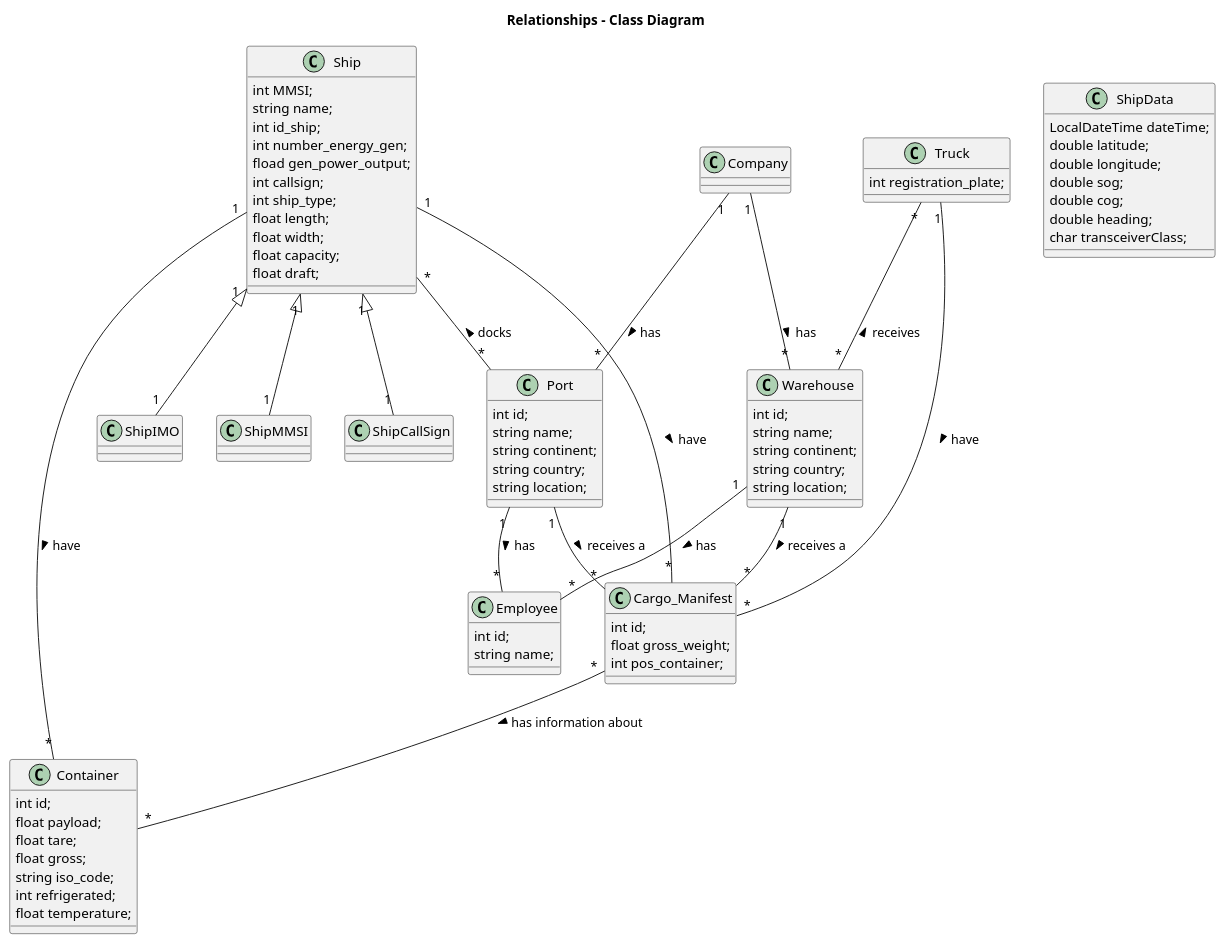
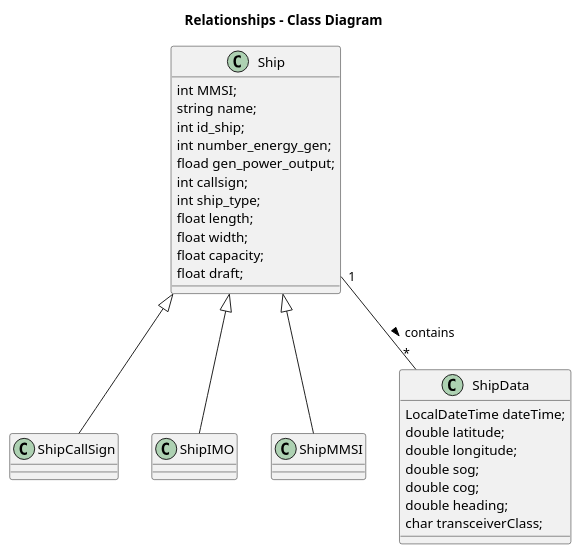
One commit to rui-goncalo/LAPR3 changed the diagram in docs/Sprint 1/DM.md. Above: the diagram before and after it, drawn with PlantUML. The commit also changed 1 other file, not shown here.

Commit message:
<G103-1> Updated Domain Model

```diff
--- a/docs/Sprint 1/DM.md
+++ b/docs/Sprint 1/DM.md
@@ -1,23 +1,5 @@
 @startuml
 title Relationships - Class Diagram
-
-class Company
-
-class Container {
-int id;
-float payload;
-float tare;
-float gross;
-string iso_code;
-int refrigerated;
-float temperature;
-}
-
-class Cargo_Manifest {
-int id;
-float gross_weight;
-int pos_container;
-}
 
 class Ship {
 int MMSI;
@@ -51,44 +33,9 @@
 char transceiverClass;
 }
 
-class Truck {
-int registration_plate;
-}
+Ship <|-- ShipIMO
+Ship <|-- ShipCallSign
+Ship <|-- ShipMMSI
+Ship "1" -- "*" ShipData: contains >
 
-class Port {
-int id;
-string name;
-string continent;
-string country;
-string location;
-}
-
-class Warehouse {
-int id;
-string name;
-string continent;
-string country;
-string location;
-}
-
-class Employee {
-int id;
-string name;
-}
-
-Company "1" -- "*" Port: has >
-Company "1" -- "*" Warehouse: has >
-Port "1" -- "*" Cargo_Manifest: receives a >
-Warehouse "1" -- "*" Cargo_Manifest: receives a >
-Cargo_Manifest "*" -- "*" Container: has information about >
-Ship "1" -- "*" Container: have >
-Ship "1" -- "*" Cargo_Manifest: have >
-Ship "*" -- "*" Port: docks <
-Truck "*" -- "*" Warehouse: receives <
-Truck "1" -- "*" Cargo_Manifest: have >
-Port "1" -- "*" Employee: has >
-Warehouse "1" -- "*" Employee: has >
-Ship "1" <|-- "1" ShipIMO
-Ship "1" <|-- "1" ShipCallSign
-Ship "1" <|-- "1" ShipMMSI
 @enduml
```
